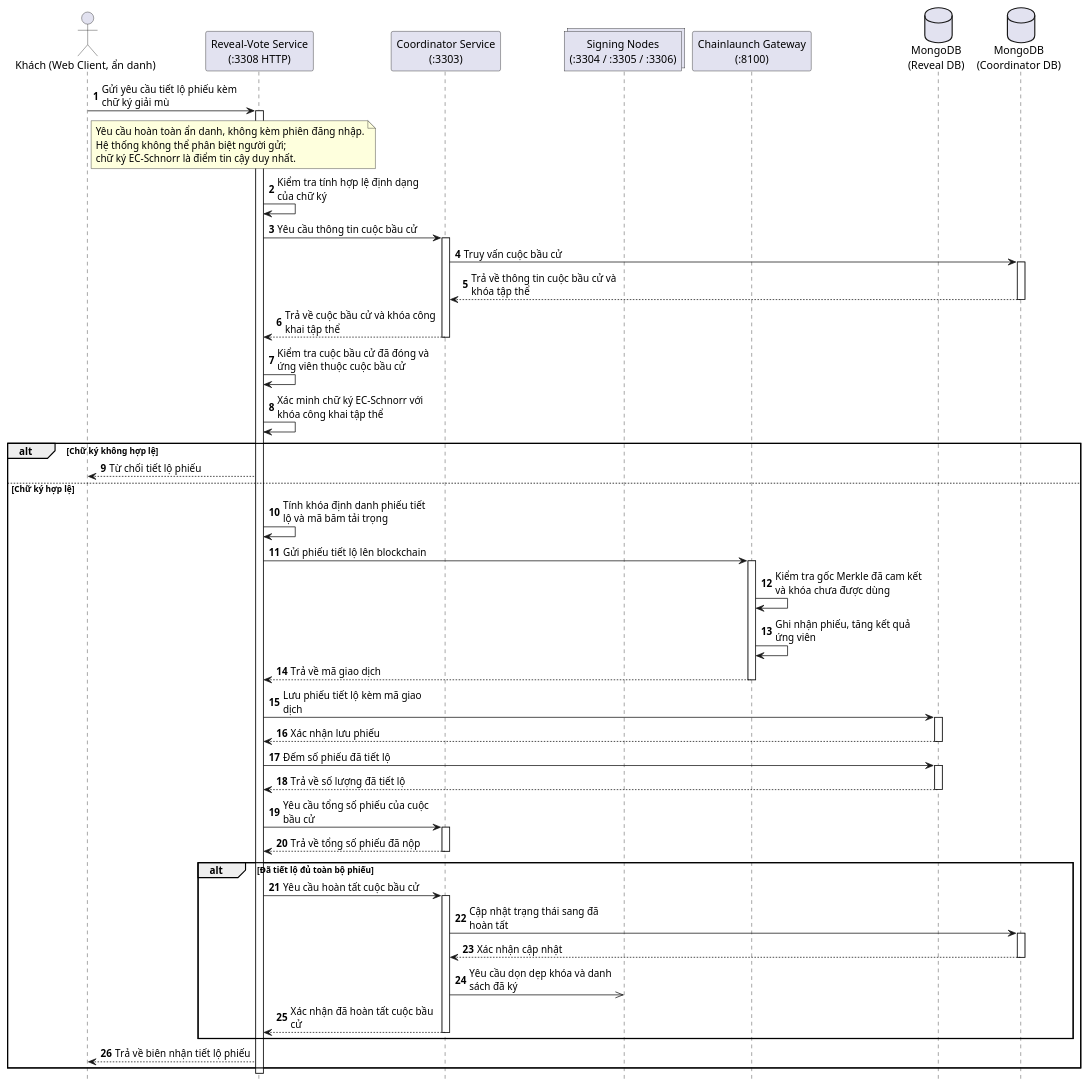
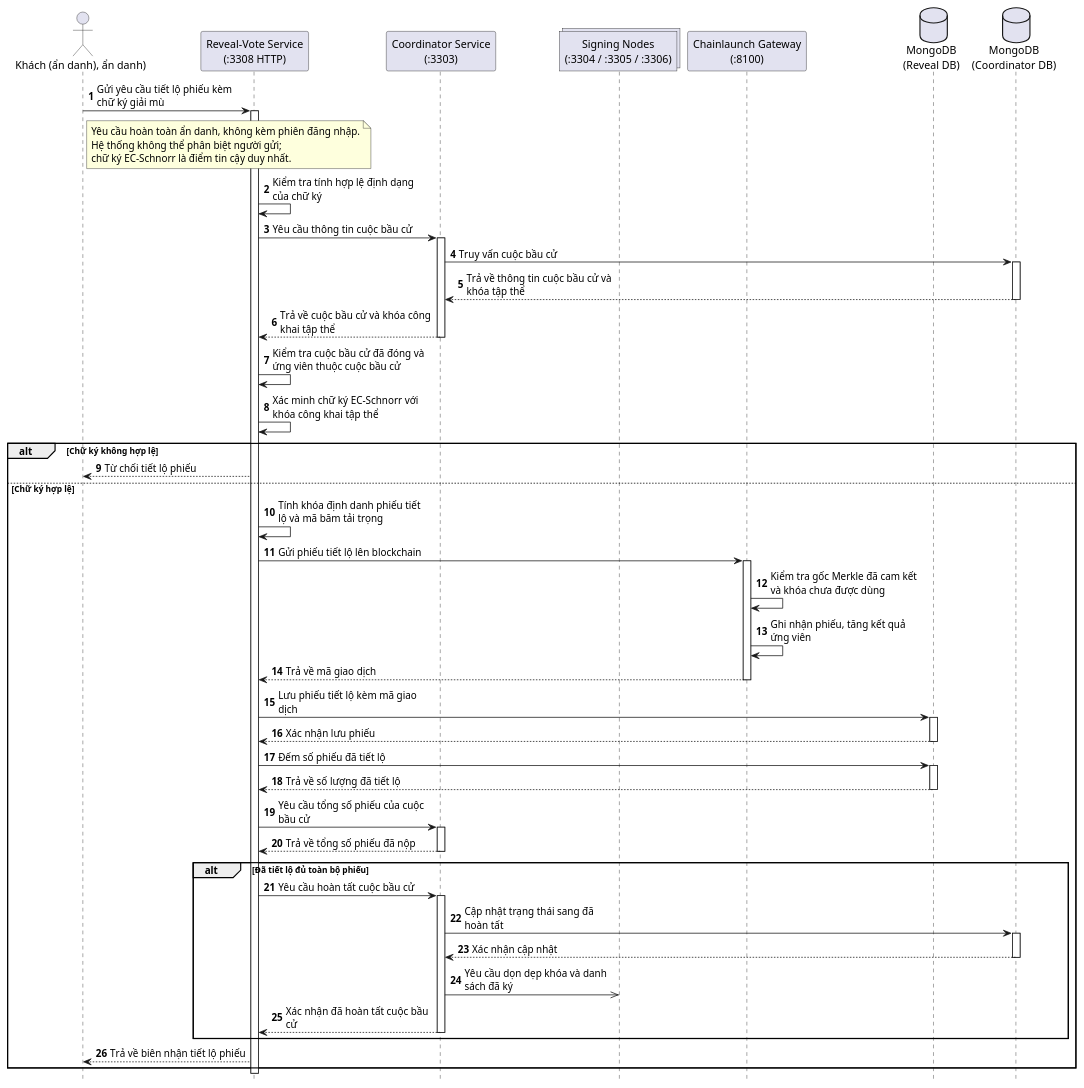
The diagram in PlantUML/Sequence/Tiet-lo-phieu.puml (Tuienn/e-voting-latex), drawn with PlantUML before and after one commit. The commit also changed 27 other files, not shown here.

Commit message:
Update plantuml

```diff
--- a/PlantUML/Sequence/Tiet-lo-phieu.puml
+++ b/PlantUML/Sequence/Tiet-lo-phieu.puml
@@ -1,82 +1,82 @@
 @startuml TietLoPhieu
 hide footbox
 autonumber
 skinparam maxMessageSize 200
 
-actor "Khách (Web Client, ẩn danh)" as Voter
+actor "Khách (ẩn danh), ẩn danh)" as Voter
 participant "Reveal-Vote Service\n(:3308 HTTP)" as Reveal
 participant "Coordinator Service\n(:3303)" as Coordinator
 collections "Signing Nodes\n(:3304 / :3305 / :3306)" as Nodes
 participant "Chainlaunch Gateway\n(:8100)" as Fabric
 database "MongoDB\n(Reveal DB)" as ReDB
 database "MongoDB\n(Coordinator DB)" as CoDB
 
 Voter -> Reveal: Gửi yêu cầu tiết lộ phiếu kèm chữ ký giải mù
 activate Reveal
 
 note right of Voter
   Yêu cầu hoàn toàn ẩn danh, không kèm phiên đăng nhập.
   Hệ thống không thể phân biệt người gửi;
   chữ ký EC-Schnorr là điểm tin cậy duy nhất.
 end note
 
 Reveal -> Reveal: Kiểm tra tính hợp lệ định dạng của chữ ký
 
 Reveal -> Coordinator: Yêu cầu thông tin cuộc bầu cử
 activate Coordinator
 Coordinator -> CoDB: Truy vấn cuộc bầu cử
 activate CoDB
 CoDB --> Coordinator: Trả về thông tin cuộc bầu cử và khóa tập thể
 deactivate CoDB
 Coordinator --> Reveal: Trả về cuộc bầu cử và khóa công khai tập thể
 deactivate Coordinator
 
 Reveal -> Reveal: Kiểm tra cuộc bầu cử đã đóng và ứng viên thuộc cuộc bầu cử
 
 Reveal -> Reveal: Xác minh chữ ký EC-Schnorr với khóa công khai tập thể
 
 alt Chữ ký không hợp lệ
   Reveal --> Voter: Từ chối tiết lộ phiếu
 else Chữ ký hợp lệ
   Reveal -> Reveal: Tính khóa định danh phiếu tiết lộ và mã băm tải trọng
 
   Reveal -> Fabric: Gửi phiếu tiết lộ lên blockchain
   activate Fabric
   Fabric -> Fabric: Kiểm tra gốc Merkle đã cam kết và khóa chưa được dùng
   Fabric -> Fabric: Ghi nhận phiếu, tăng kết quả ứng viên
   Fabric --> Reveal: Trả về mã giao dịch
   deactivate Fabric
 
   Reveal -> ReDB: Lưu phiếu tiết lộ kèm mã giao dịch
   activate ReDB
   ReDB --> Reveal: Xác nhận lưu phiếu
   deactivate ReDB
 
   Reveal -> ReDB: Đếm số phiếu đã tiết lộ
   activate ReDB
   ReDB --> Reveal: Trả về số lượng đã tiết lộ
   deactivate ReDB
 
   Reveal -> Coordinator: Yêu cầu tổng số phiếu của cuộc bầu cử
   activate Coordinator
   Coordinator --> Reveal: Trả về tổng số phiếu đã nộp
   deactivate Coordinator
 
   alt Đã tiết lộ đủ toàn bộ phiếu
     Reveal -> Coordinator: Yêu cầu hoàn tất cuộc bầu cử
     activate Coordinator
     Coordinator -> CoDB: Cập nhật trạng thái sang đã hoàn tất
     activate CoDB
     CoDB --> Coordinator: Xác nhận cập nhật
     deactivate CoDB
 
     Coordinator ->> Nodes: Yêu cầu dọn dẹp khóa và danh sách đã ký
     Coordinator --> Reveal: Xác nhận đã hoàn tất cuộc bầu cử
     deactivate Coordinator
   end
 
   Reveal --> Voter: Trả về biên nhận tiết lộ phiếu
 end
 
 deactivate Reveal
 @enduml
```
